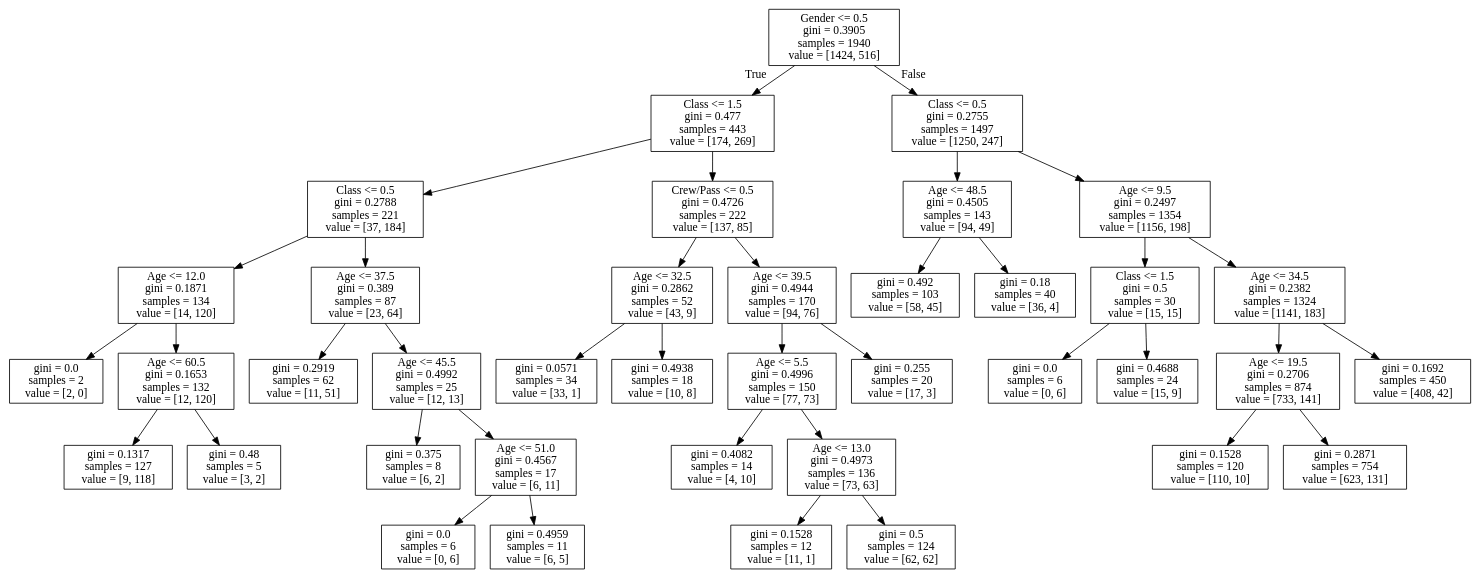
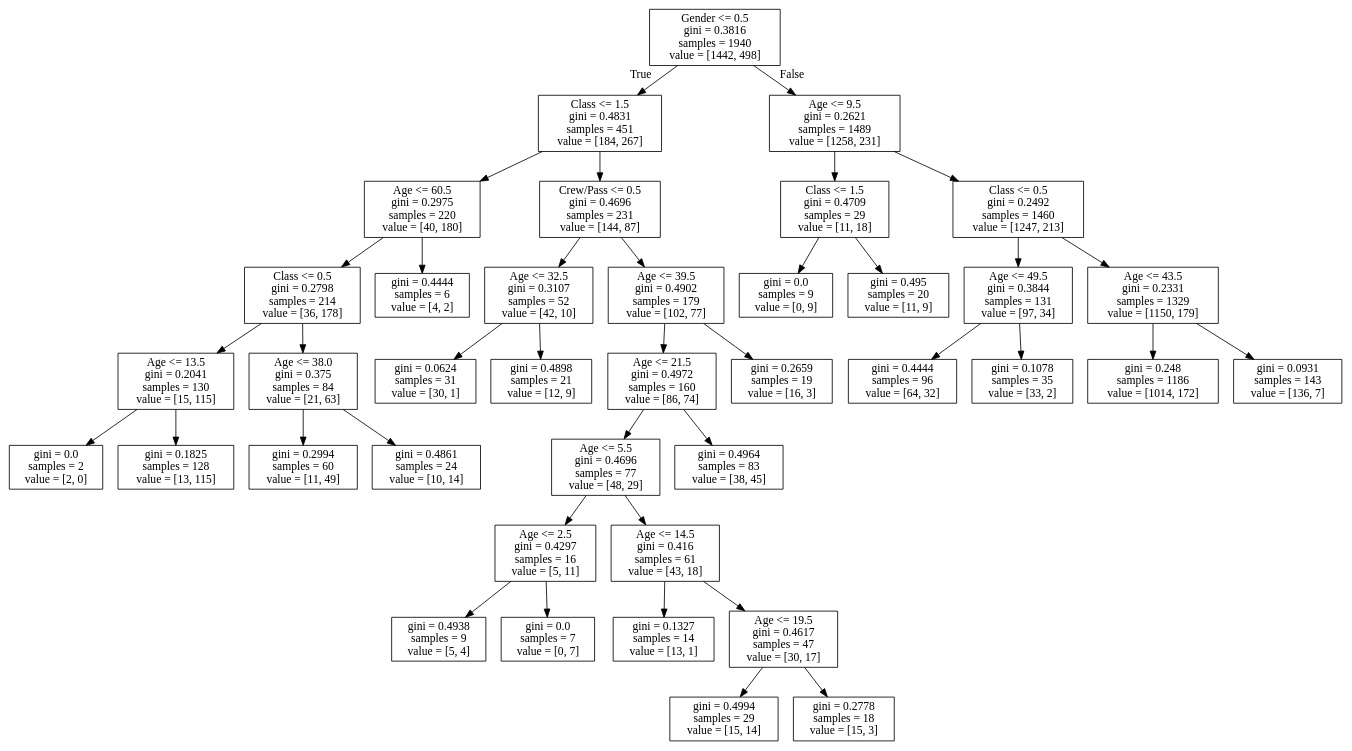
The diagram in titanic.dot (curt-mitch/tree-based-models), drawn with Graphviz before and after one commit. The commit also changed 1 other file, not shown here.

```diff
--- a/titanic.dot
+++ b/titanic.dot
@@ -1,80 +1,80 @@
 digraph Tree {
 node [shape=box] ;
-0 [label="Gender <= 0.5\ngini = 0.3905\nsamples = 1940\nvalue = [1424, 516]"] ;
-1 [label="Class <= 1.5\ngini = 0.477\nsamples = 443\nvalue = [174, 269]"] ;
+0 [label="Gender <= 0.5\ngini = 0.3816\nsamples = 1940\nvalue = [1442, 498]"] ;
+1 [label="Class <= 1.5\ngini = 0.4831\nsamples = 451\nvalue = [184, 267]"] ;
 0 -> 1 [labeldistance=2.5, labelangle=45, headlabel="True"] ;
-3 [label="Class <= 0.5\ngini = 0.2788\nsamples = 221\nvalue = [37, 184]"] ;
+3 [label="Age <= 60.5\ngini = 0.2975\nsamples = 220\nvalue = [40, 180]"] ;
 1 -> 3 ;
-21 [label="Age <= 12.0\ngini = 0.1871\nsamples = 134\nvalue = [14, 120]"] ;
-3 -> 21 ;
-25 [label="gini = 0.0\nsamples = 2\nvalue = [2, 0]"] ;
-21 -> 25 ;
-26 [label="Age <= 60.5\ngini = 0.1653\nsamples = 132\nvalue = [12, 120]"] ;
-21 -> 26 ;
-27 [label="gini = 0.1317\nsamples = 127\nvalue = [9, 118]"] ;
-26 -> 27 ;
-28 [label="gini = 0.48\nsamples = 5\nvalue = [3, 2]"] ;
-26 -> 28 ;
-22 [label="Age <= 37.5\ngini = 0.389\nsamples = 87\nvalue = [23, 64]"] ;
-3 -> 22 ;
-23 [label="gini = 0.2919\nsamples = 62\nvalue = [11, 51]"] ;
-22 -> 23 ;
-24 [label="Age <= 45.5\ngini = 0.4992\nsamples = 25\nvalue = [12, 13]"] ;
-22 -> 24 ;
-29 [label="gini = 0.375\nsamples = 8\nvalue = [6, 2]"] ;
-24 -> 29 ;
-30 [label="Age <= 51.0\ngini = 0.4567\nsamples = 17\nvalue = [6, 11]"] ;
-24 -> 30 ;
-31 [label="gini = 0.0\nsamples = 6\nvalue = [0, 6]"] ;
-30 -> 31 ;
-32 [label="gini = 0.4959\nsamples = 11\nvalue = [6, 5]"] ;
-30 -> 32 ;
-4 [label="Crew/Pass <= 0.5\ngini = 0.4726\nsamples = 222\nvalue = [137, 85]"] ;
+19 [label="Class <= 0.5\ngini = 0.2798\nsamples = 214\nvalue = [36, 178]"] ;
+3 -> 19 ;
+29 [label="Age <= 13.5\ngini = 0.2041\nsamples = 130\nvalue = [15, 115]"] ;
+19 -> 29 ;
+31 [label="gini = 0.0\nsamples = 2\nvalue = [2, 0]"] ;
+29 -> 31 ;
+32 [label="gini = 0.1825\nsamples = 128\nvalue = [13, 115]"] ;
+29 -> 32 ;
+30 [label="Age <= 38.0\ngini = 0.375\nsamples = 84\nvalue = [21, 63]"] ;
+19 -> 30 ;
+33 [label="gini = 0.2994\nsamples = 60\nvalue = [11, 49]"] ;
+30 -> 33 ;
+34 [label="gini = 0.4861\nsamples = 24\nvalue = [10, 14]"] ;
+30 -> 34 ;
+20 [label="gini = 0.4444\nsamples = 6\nvalue = [4, 2]"] ;
+3 -> 20 ;
+4 [label="Crew/Pass <= 0.5\ngini = 0.4696\nsamples = 231\nvalue = [144, 87]"] ;
 1 -> 4 ;
-11 [label="Age <= 32.5\ngini = 0.2862\nsamples = 52\nvalue = [43, 9]"] ;
-4 -> 11 ;
-13 [label="gini = 0.0571\nsamples = 34\nvalue = [33, 1]"] ;
-11 -> 13 ;
-14 [label="gini = 0.4938\nsamples = 18\nvalue = [10, 8]"] ;
-11 -> 14 ;
-12 [label="Age <= 39.5\ngini = 0.4944\nsamples = 170\nvalue = [94, 76]"] ;
-4 -> 12 ;
-15 [label="Age <= 5.5\ngini = 0.4996\nsamples = 150\nvalue = [77, 73]"] ;
-12 -> 15 ;
-35 [label="gini = 0.4082\nsamples = 14\nvalue = [4, 10]"] ;
-15 -> 35 ;
-36 [label="Age <= 13.0\ngini = 0.4973\nsamples = 136\nvalue = [73, 63]"] ;
-15 -> 36 ;
-37 [label="gini = 0.1528\nsamples = 12\nvalue = [11, 1]"] ;
+7 [label="Age <= 32.5\ngini = 0.3107\nsamples = 52\nvalue = [42, 10]"] ;
+4 -> 7 ;
+9 [label="gini = 0.0624\nsamples = 31\nvalue = [30, 1]"] ;
+7 -> 9 ;
+10 [label="gini = 0.4898\nsamples = 21\nvalue = [12, 9]"] ;
+7 -> 10 ;
+8 [label="Age <= 39.5\ngini = 0.4902\nsamples = 179\nvalue = [102, 77]"] ;
+4 -> 8 ;
+17 [label="Age <= 21.5\ngini = 0.4972\nsamples = 160\nvalue = [86, 74]"] ;
+8 -> 17 ;
+23 [label="Age <= 5.5\ngini = 0.4696\nsamples = 77\nvalue = [48, 29]"] ;
+17 -> 23 ;
+25 [label="Age <= 2.5\ngini = 0.4297\nsamples = 16\nvalue = [5, 11]"] ;
+23 -> 25 ;
+27 [label="gini = 0.4938\nsamples = 9\nvalue = [5, 4]"] ;
+25 -> 27 ;
+28 [label="gini = 0.0\nsamples = 7\nvalue = [0, 7]"] ;
+25 -> 28 ;
+26 [label="Age <= 14.5\ngini = 0.416\nsamples = 61\nvalue = [43, 18]"] ;
+23 -> 26 ;
+35 [label="gini = 0.1327\nsamples = 14\nvalue = [13, 1]"] ;
+26 -> 35 ;
+36 [label="Age <= 19.5\ngini = 0.4617\nsamples = 47\nvalue = [30, 17]"] ;
+26 -> 36 ;
+37 [label="gini = 0.4994\nsamples = 29\nvalue = [15, 14]"] ;
 36 -> 37 ;
-38 [label="gini = 0.5\nsamples = 124\nvalue = [62, 62]"] ;
+38 [label="gini = 0.2778\nsamples = 18\nvalue = [15, 3]"] ;
 36 -> 38 ;
-16 [label="gini = 0.255\nsamples = 20\nvalue = [17, 3]"] ;
-12 -> 16 ;
-2 [label="Class <= 0.5\ngini = 0.2755\nsamples = 1497\nvalue = [1250, 247]"] ;
+24 [label="gini = 0.4964\nsamples = 83\nvalue = [38, 45]"] ;
+17 -> 24 ;
+18 [label="gini = 0.2659\nsamples = 19\nvalue = [16, 3]"] ;
+8 -> 18 ;
+2 [label="Age <= 9.5\ngini = 0.2621\nsamples = 1489\nvalue = [1258, 231]"] ;
 0 -> 2 [labeldistance=2.5, labelangle=-45, headlabel="False"] ;
-5 [label="Age <= 48.5\ngini = 0.4505\nsamples = 143\nvalue = [94, 49]"] ;
+5 [label="Class <= 1.5\ngini = 0.4709\nsamples = 29\nvalue = [11, 18]"] ;
 2 -> 5 ;
-9 [label="gini = 0.492\nsamples = 103\nvalue = [58, 45]"] ;
-5 -> 9 ;
-10 [label="gini = 0.18\nsamples = 40\nvalue = [36, 4]"] ;
-5 -> 10 ;
-6 [label="Age <= 9.5\ngini = 0.2497\nsamples = 1354\nvalue = [1156, 198]"] ;
+11 [label="gini = 0.0\nsamples = 9\nvalue = [0, 9]"] ;
+5 -> 11 ;
+12 [label="gini = 0.495\nsamples = 20\nvalue = [11, 9]"] ;
+5 -> 12 ;
+6 [label="Class <= 0.5\ngini = 0.2492\nsamples = 1460\nvalue = [1247, 213]"] ;
 2 -> 6 ;
-7 [label="Class <= 1.5\ngini = 0.5\nsamples = 30\nvalue = [15, 15]"] ;
-6 -> 7 ;
-17 [label="gini = 0.0\nsamples = 6\nvalue = [0, 6]"] ;
-7 -> 17 ;
-18 [label="gini = 0.4688\nsamples = 24\nvalue = [15, 9]"] ;
-7 -> 18 ;
-8 [label="Age <= 34.5\ngini = 0.2382\nsamples = 1324\nvalue = [1141, 183]"] ;
-6 -> 8 ;
-19 [label="Age <= 19.5\ngini = 0.2706\nsamples = 874\nvalue = [733, 141]"] ;
-8 -> 19 ;
-33 [label="gini = 0.1528\nsamples = 120\nvalue = [110, 10]"] ;
-19 -> 33 ;
-34 [label="gini = 0.2871\nsamples = 754\nvalue = [623, 131]"] ;
-19 -> 34 ;
-20 [label="gini = 0.1692\nsamples = 450\nvalue = [408, 42]"] ;
-8 -> 20 ;
+13 [label="Age <= 49.5\ngini = 0.3844\nsamples = 131\nvalue = [97, 34]"] ;
+6 -> 13 ;
+15 [label="gini = 0.4444\nsamples = 96\nvalue = [64, 32]"] ;
+13 -> 15 ;
+16 [label="gini = 0.1078\nsamples = 35\nvalue = [33, 2]"] ;
+13 -> 16 ;
+14 [label="Age <= 43.5\ngini = 0.2331\nsamples = 1329\nvalue = [1150, 179]"] ;
+6 -> 14 ;
+21 [label="gini = 0.248\nsamples = 1186\nvalue = [1014, 172]"] ;
+14 -> 21 ;
+22 [label="gini = 0.0931\nsamples = 143\nvalue = [136, 7]"] ;
+14 -> 22 ;
 }
```
